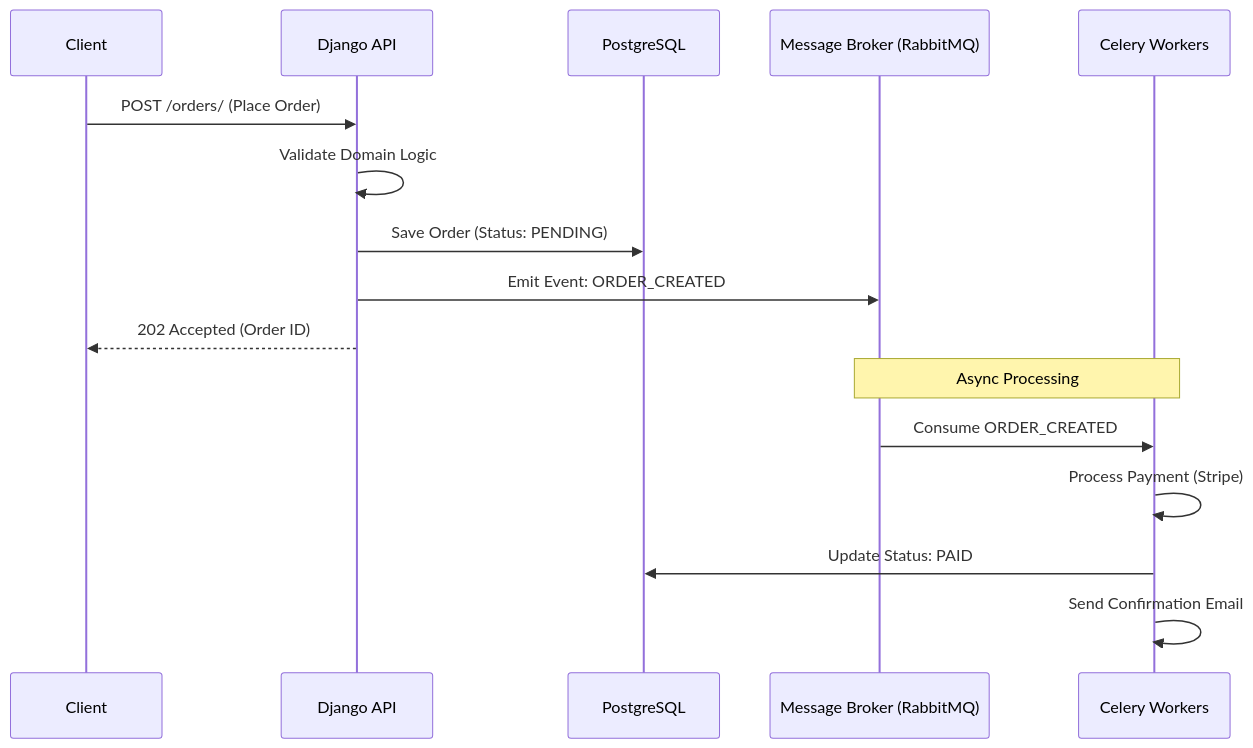
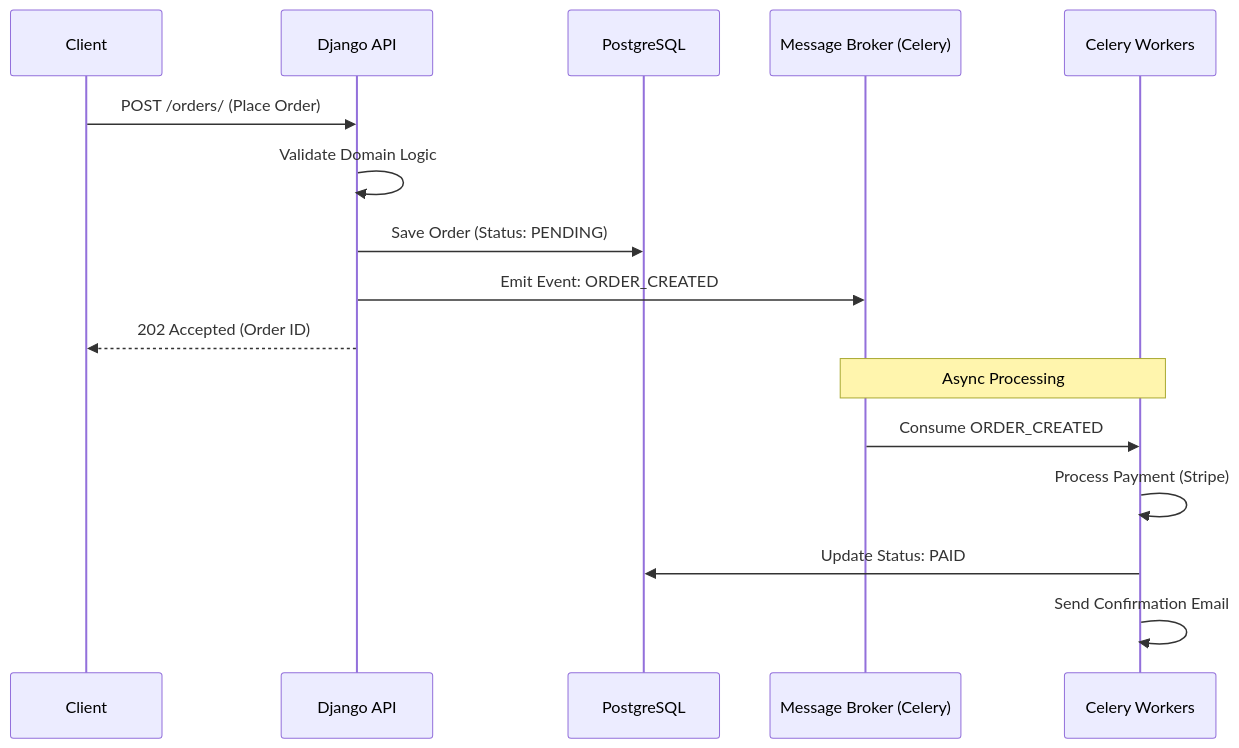
Before and after one commit to Sublian/nexus-oms-django: the fourth of 7 diagrams in docs/ARCHITECTURE.MD, drawn with Mermaid. The commit also changed other lines of this file and 1 other file, not shown here.

Commit message:
re docs minor fixes

````diff
--- a/docs/ARCHITECTURE.MD
+++ b/docs/ARCHITECTURE.MD
@@ -119,20 +119,20 @@
 ```mermaid
 sequenceDiagram
     participant C as Client
     participant API as Django API
     participant DB as PostgreSQL
-    participant B as Message Broker (RabbitMQ)
+    participant B as Message Broker (Celery)
     participant W as Celery Workers
 
     C->>API: POST /orders/ (Place Order)
     API->>API: Validate Domain Logic
     API->>DB: Save Order (Status: PENDING)
     API->>B: Emit Event: ORDER_CREATED
     API-->>C: 202 Accepted (Order ID)
     
     Note over B,W: Async Processing
     B->>W: Consume ORDER_CREATED
     W->>W: Process Payment (Stripe)
     W->>DB: Update Status: PAID
     W->>W: Send Confirmation Email
 ```
````
